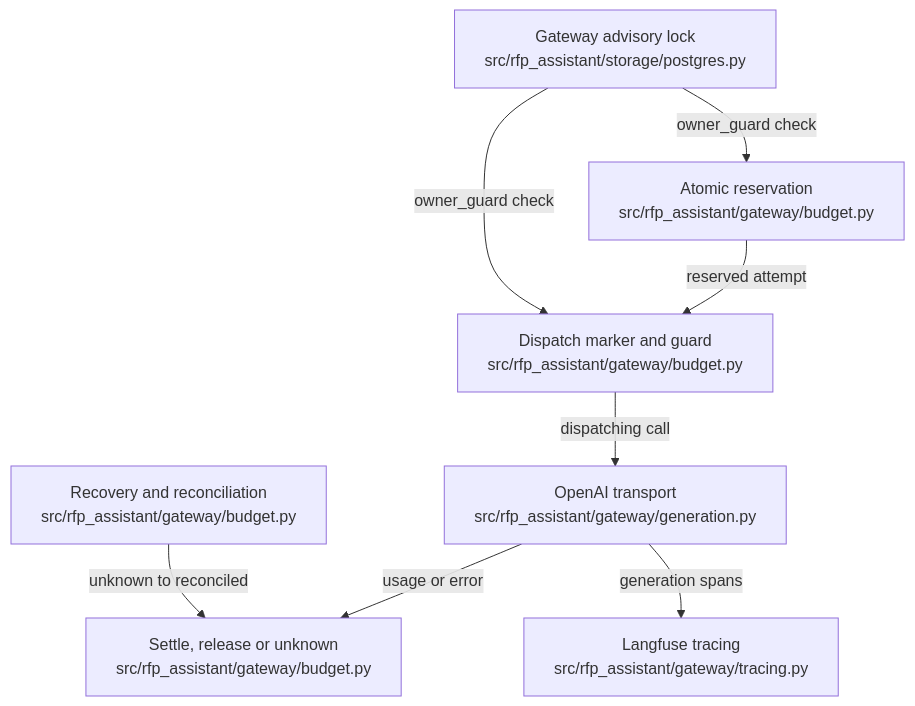
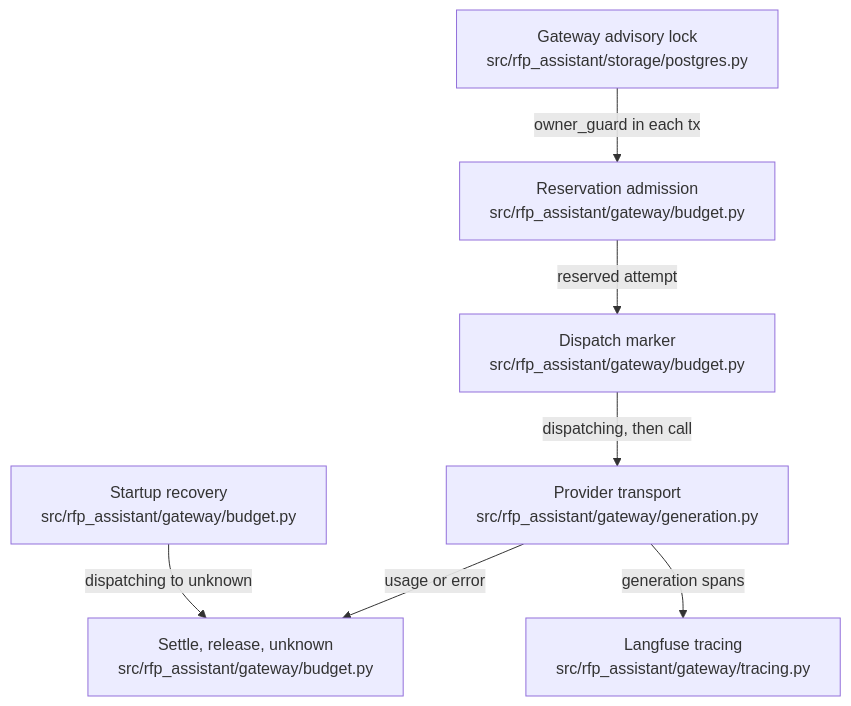
One commit to littleeeeebit/project-codeit-mid changed the diagram in .omm/overall-architecture/paid-gateway/diagram.mmd. Above: the diagram before and after it, drawn with Mermaid. The commit also changed 404 other files, not shown here.

```diff
--- a/.omm/overall-architecture/paid-gateway/diagram.mmd
+++ b/.omm/overall-architecture/paid-gateway/diagram.mmd
@@ -1,15 +1,7 @@
 graph TD
-  owner-lock["Gateway advisory lock\nsrc/rfp_assistant/storage/postgres.py"]
-  reserve["Atomic reservation\nsrc/rfp_assistant/gateway/budget.py"]
-  dispatch-guard["Dispatch marker and guard\nsrc/rfp_assistant/gateway/budget.py"]
-  transport["OpenAI transport\nsrc/rfp_assistant/gateway/generation.py"]
-  settlement["Settle, release or unknown\nsrc/rfp_assistant/gateway/budget.py"]
-  reconciliation["Recovery and reconciliation\nsrc/rfp_assistant/gateway/budget.py"]
-  tracing["Langfuse tracing\nsrc/rfp_assistant/gateway/tracing.py"]
-  owner-lock -->|owner_guard check| reserve
-  reserve -->|reserved attempt| dispatch-guard
-  owner-lock -->|owner_guard check| dispatch-guard
-  dispatch-guard -->|dispatching call| transport
-  transport -->|usage or error| settlement
-  reconciliation -->|unknown to reconciled| settlement
-  transport -->|generation spans| tracing
+  gateway-owner["Gateway advisory lock\nsrc/rfp_assistant/storage/postgres.py"] -->|"owner_guard in each tx"| budget-admission["Reservation admission\nsrc/rfp_assistant/gateway/budget.py"]
+  budget-admission -->|"reserved attempt"| dispatch-marker["Dispatch marker\nsrc/rfp_assistant/gateway/budget.py"]
+  dispatch-marker -->|"dispatching, then call"| provider-transport["Provider transport\nsrc/rfp_assistant/gateway/generation.py"]
+  provider-transport -->|"usage or error"| settlement["Settle, release, unknown\nsrc/rfp_assistant/gateway/budget.py"]
+  startup-recovery["Startup recovery\nsrc/rfp_assistant/gateway/budget.py"] -->|"dispatching to unknown"| settlement
+  provider-transport -->|"generation spans"| langfuse-tracing["Langfuse tracing\nsrc/rfp_assistant/gateway/tracing.py"]
```
